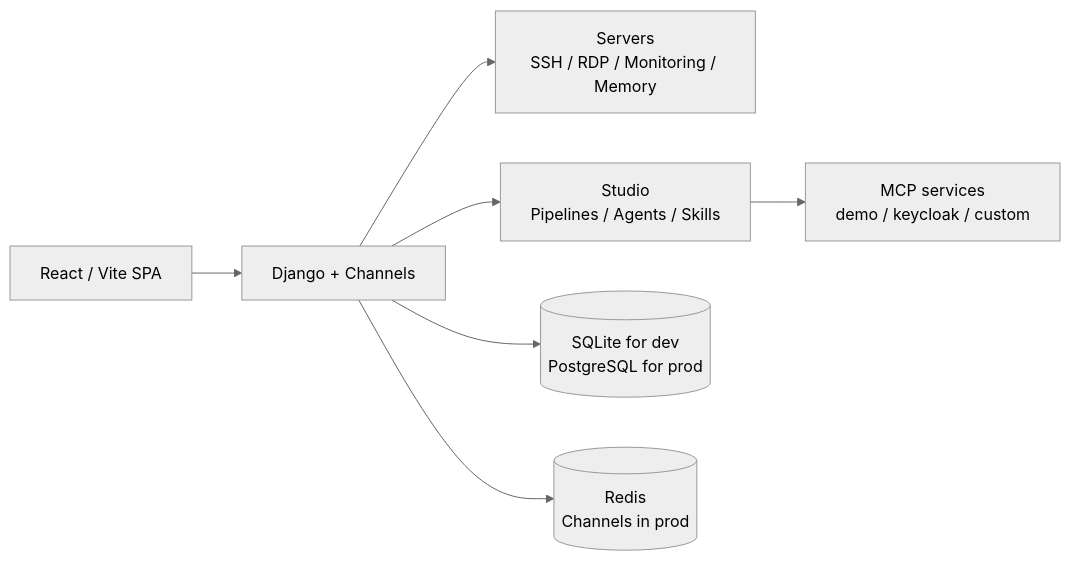
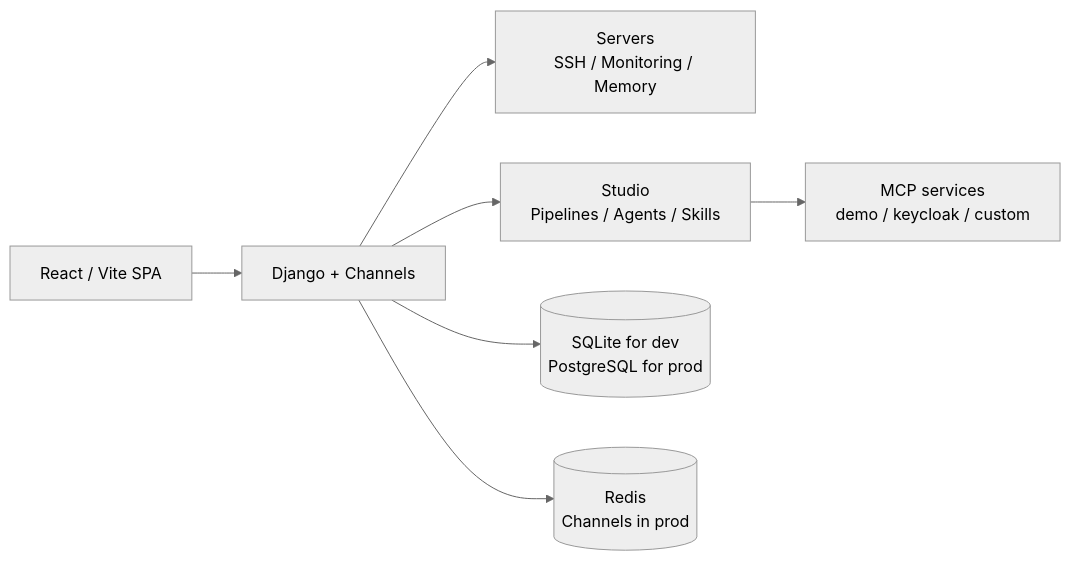
Before and after one commit to LLprod39/WebTerm: the diagram in README.md, drawn with Mermaid (neutral theme). The commit also changed other lines of this file and 347 other files, not shown here.

Commit message:
Refactor marketplace parser and UI flows

````diff
--- a/README.md
+++ b/README.md
@@ -60,9 +59,9 @@
 ```mermaid
 flowchart LR
     UI["React / Vite SPA"] --> API["Django + Channels"]
-    API --> Servers["Servers<br/>SSH / RDP / Monitoring / Memory"]
+    API --> Servers["Servers<br/>SSH / Monitoring / Memory"]
     API --> Studio["Studio<br/>Pipelines / Agents / Skills"]
     Studio --> MCP["MCP services<br/>demo / keycloak / custom"]
     API --> DB[("SQLite for dev<br/>PostgreSQL for prod")]
     API --> Redis[("Redis<br/>Channels in prod")]
 ```
````
